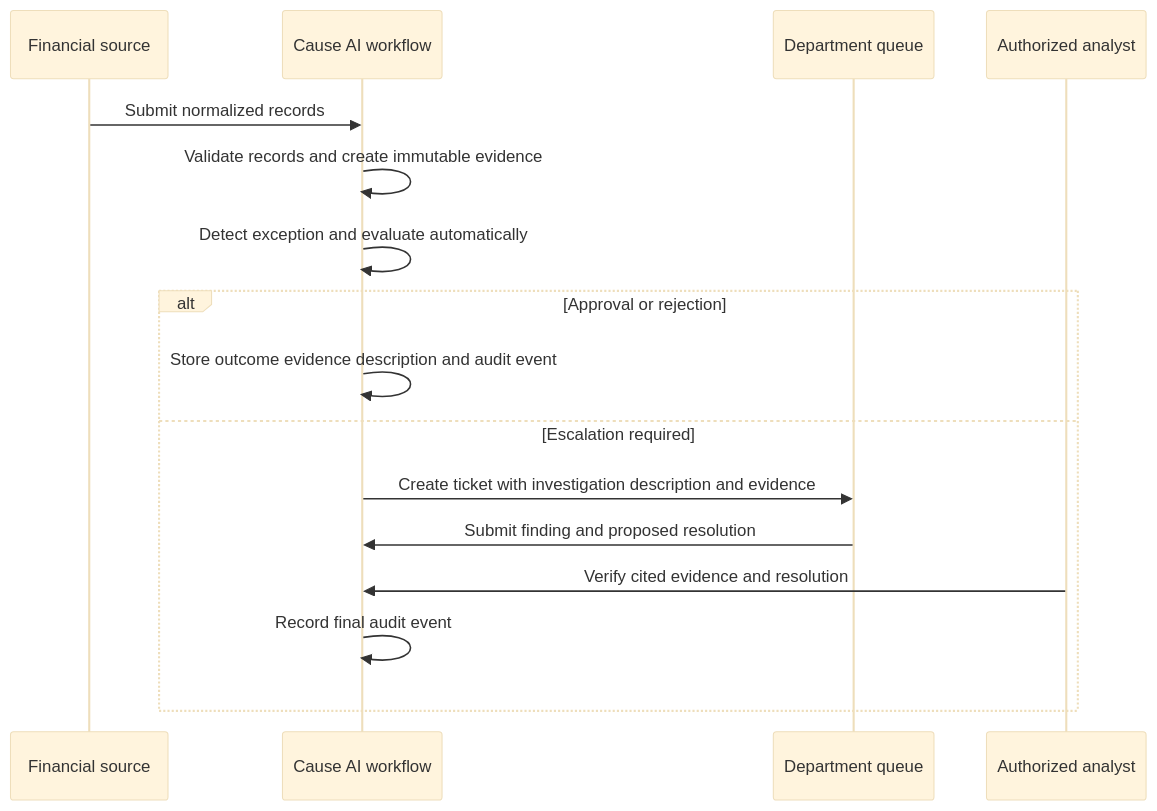
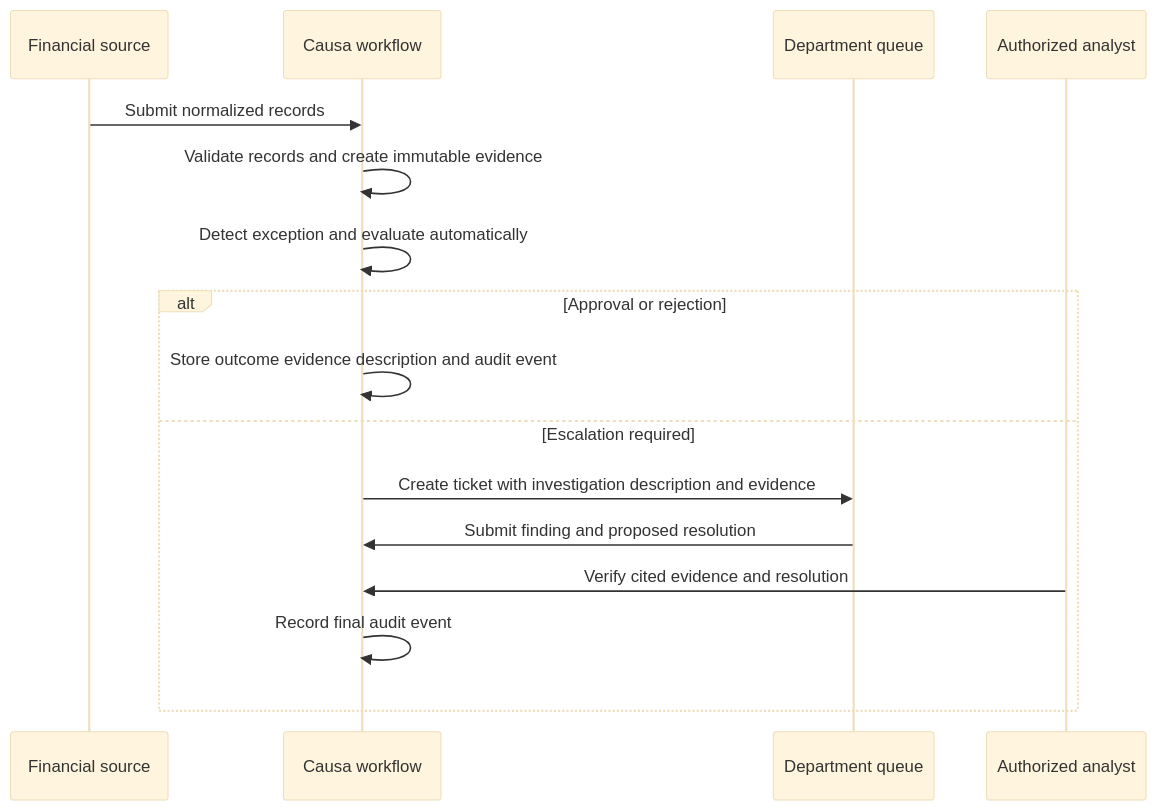
One commit to vickyPotheesh2004/Causa-AI-Financial-Exception-Resolution-Risk-Management changed the third of 3 diagrams in README.md. Above: the diagram before and after it, drawn with Mermaid (base theme). The commit also changed other lines of this file and 63 other files, not shown here.

````diff
--- a/README.md
+++ b/README.md
@@ -248,19 +296,19 @@
 ```mermaid
 sequenceDiagram
     participant Source as Financial source
-    participant CAUSA as Cause AI workflow
+    participant CAUSA as Causa workflow
     participant Dept as Department queue
     participant Analyst as Authorized analyst
 
     Source->>CAUSA: Submit normalized records
     CAUSA->>CAUSA: Validate records and create immutable evidence
     CAUSA->>CAUSA: Detect exception and evaluate automatically
     alt Approval or rejection
         CAUSA->>CAUSA: Store outcome evidence description and audit event
     else Escalation required
         CAUSA->>Dept: Create ticket with investigation description and evidence
         Dept->>CAUSA: Submit finding and proposed resolution
         Analyst->>CAUSA: Verify cited evidence and resolution
         CAUSA->>CAUSA: Record final audit event
     end
 ```
````
